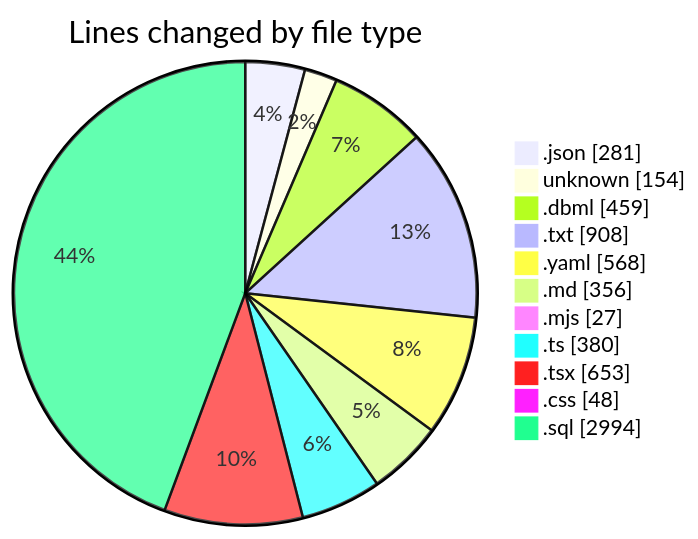
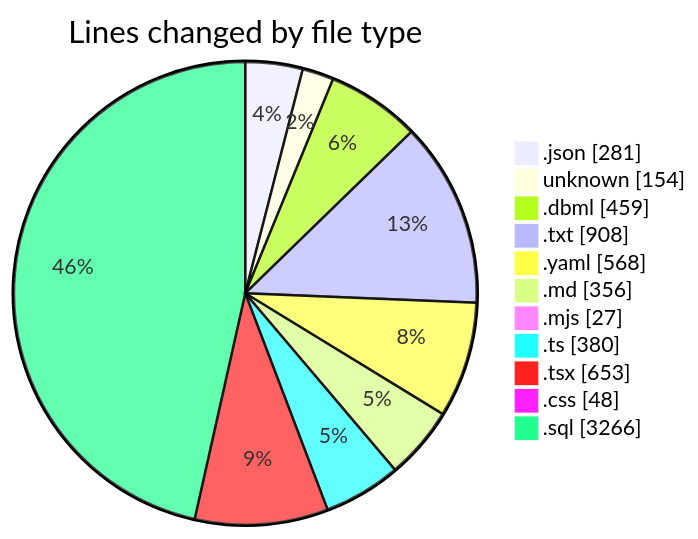
The first of 2 diagrams in 2025-10-02/oura-api/README.md (mevix1/code-tracking), drawn with Mermaid before and after one commit. The commit also changed other lines of this file and 1 other file, not shown here.

````diff
--- a/2025-10-02/oura-api/README.md
+++ b/2025-10-02/oura-api/README.md
@@ -71,15 +71,15 @@
 ```mermaid
 pie showData
 title Lines changed by file type
 ".json" : 281
 "unknown" : 154
 ".dbml" : 459
 ".txt" : 908
 ".yaml" : 568
 ".md" : 356
 ".mjs" : 27
 ".ts" : 380
 ".tsx" : 653
 ".css" : 48
-".sql" : 2994
+".sql" : 3266
 ```
````
